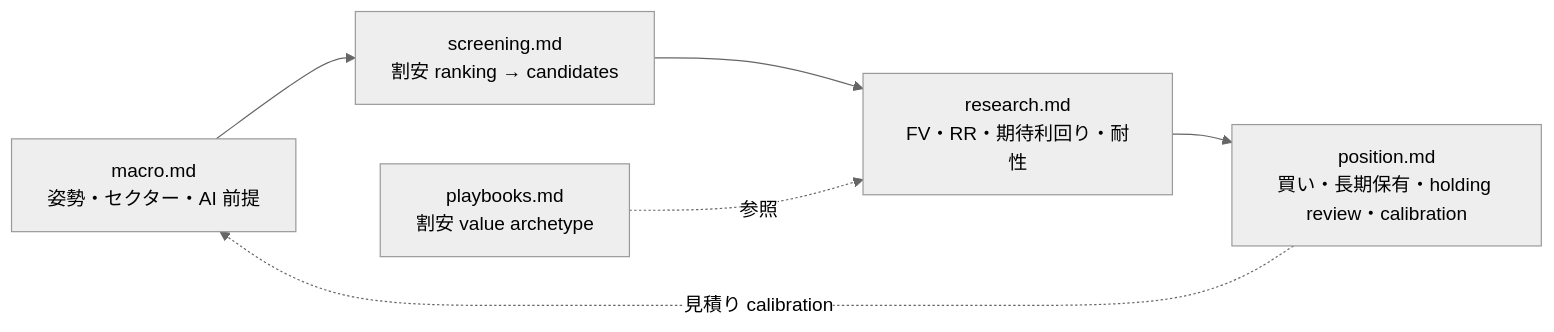
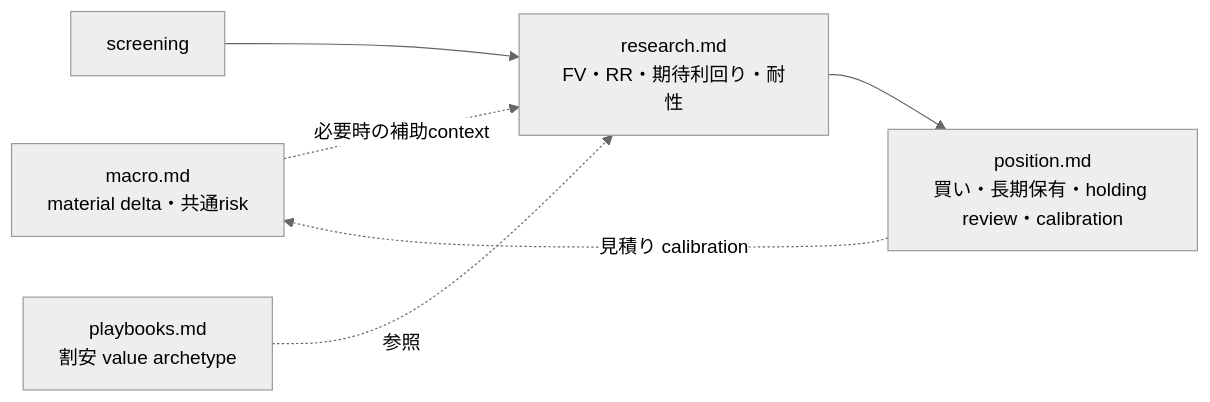
One commit to koumatsumoto/baibai-loop changed the diagram in docs/workflow/README.md. Above: the diagram before and after it, drawn with Mermaid (neutral theme). The commit also changed other lines of this file and 72 other files, not shown here.

Commit message:
refactor(macro): separate material context from selection

````diff
--- a/docs/workflow/README.md
+++ b/docs/workflow/README.md
@@ -13,8 +13,8 @@
 ```mermaid
 flowchart LR
-  macro["macro.md<br/>姿勢・セクター・AI 前提"] --> screening["screening.md<br/>割安 ranking → candidates"]
+  macro["macro.md<br/>material delta・共通risk"] -.必要時の補助context.-> research["research.md<br/>FV・RR・期待利回り・耐性"]
   screening --> research["research.md<br/>FV・RR・期待利回り・耐性"]
   research --> position["position.md<br/>買い・長期保有・holding review・calibration"]
   position -.見積り calibration.-> macro
   playbooks["playbooks.md<br/>割安 value archetype"] -.参照.-> research
 ```
````
